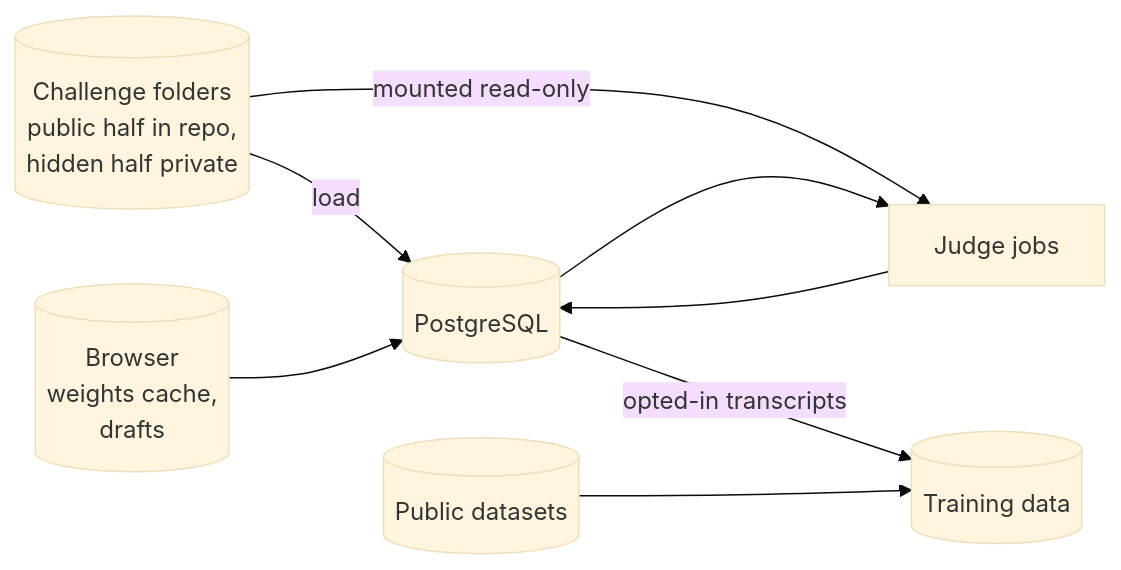
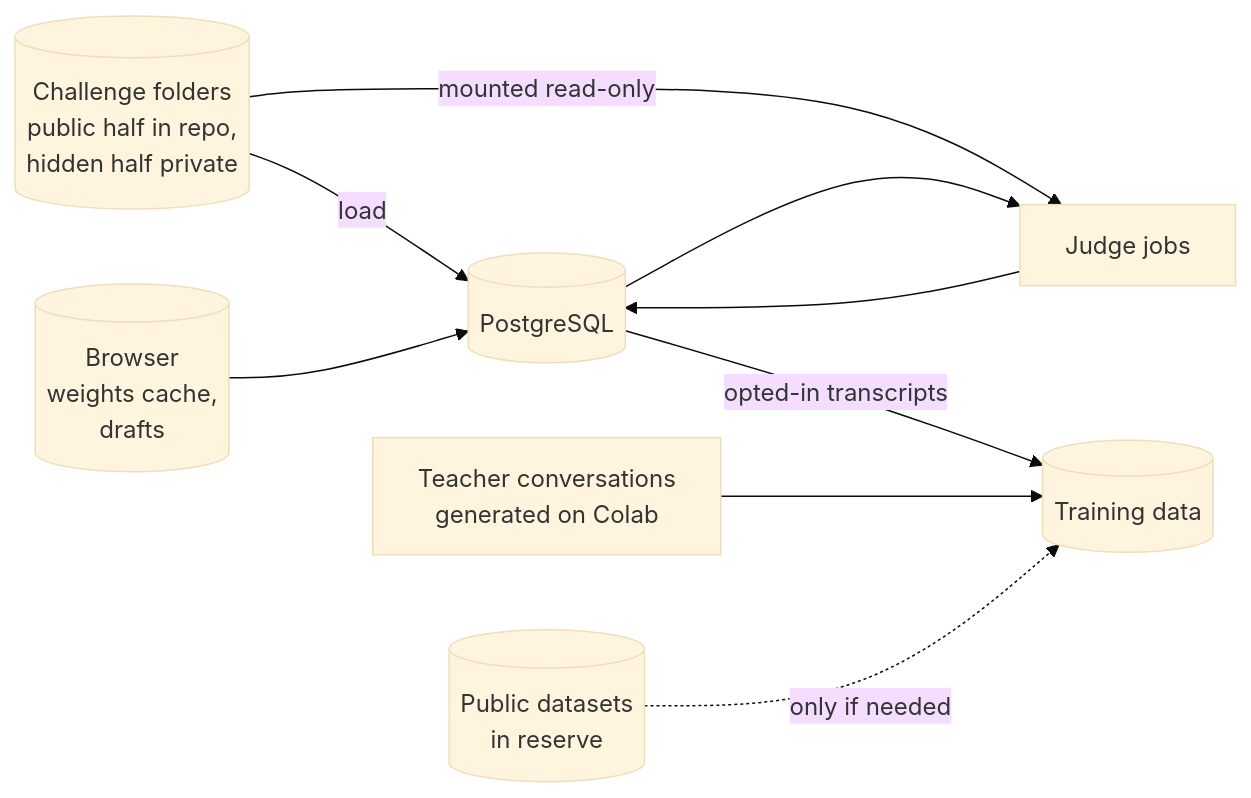
The first of 2 diagrams in codevscode/requirements/04-data-model.md (MoAbboud/PortFolio), drawn with Mermaid (base theme) before and after one commit. The commit also changed other lines of this file and 4 other files, not shown here.

Commit message:
codevscode requirements: the helper trains on our own data first - our challenges and conversations a bigger open model writes on colab, public datasets held in reserve - hosted on hugging face, and always named as fine-tuned from its base

````diff
--- a/codevscode/requirements/04-data-model.md
+++ b/codevscode/requirements/04-data-model.md
@@ -7,10 +7,11 @@
 ```mermaid
 flowchart LR
     CH[(Challenge folders<br/>public half in repo,<br/>hidden half private)] -->|load| PG[(PostgreSQL)]
     CH -->|mounted read-only| JB[Judge jobs]
     PG --> JB
     JB --> PG
     BR[(Browser<br/>weights cache,<br/>drafts)] --> PG
     PG -->|opted-in transcripts| TD[(Training data)]
-    SRC[(Public datasets)] --> TD
+    TCH[Teacher conversations<br/>generated on Colab] --> TD
+    SRC[(Public datasets<br/>in reserve)] -.->|only if needed| TD
 ```
````
